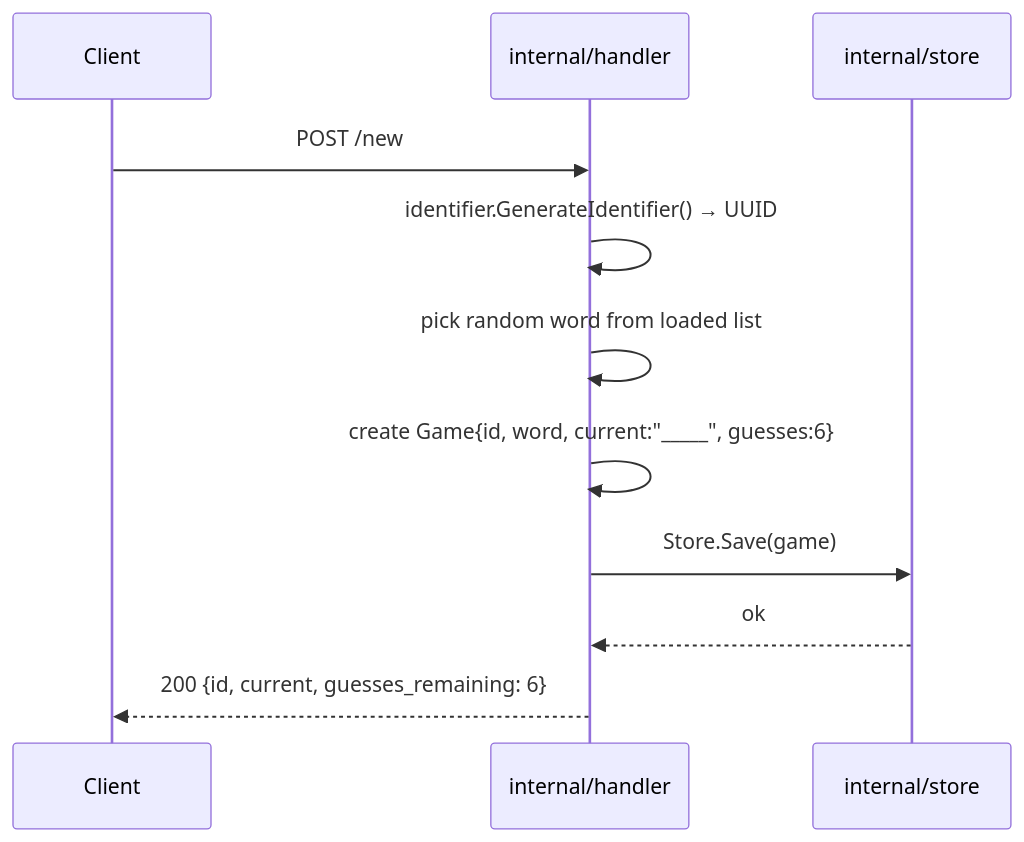
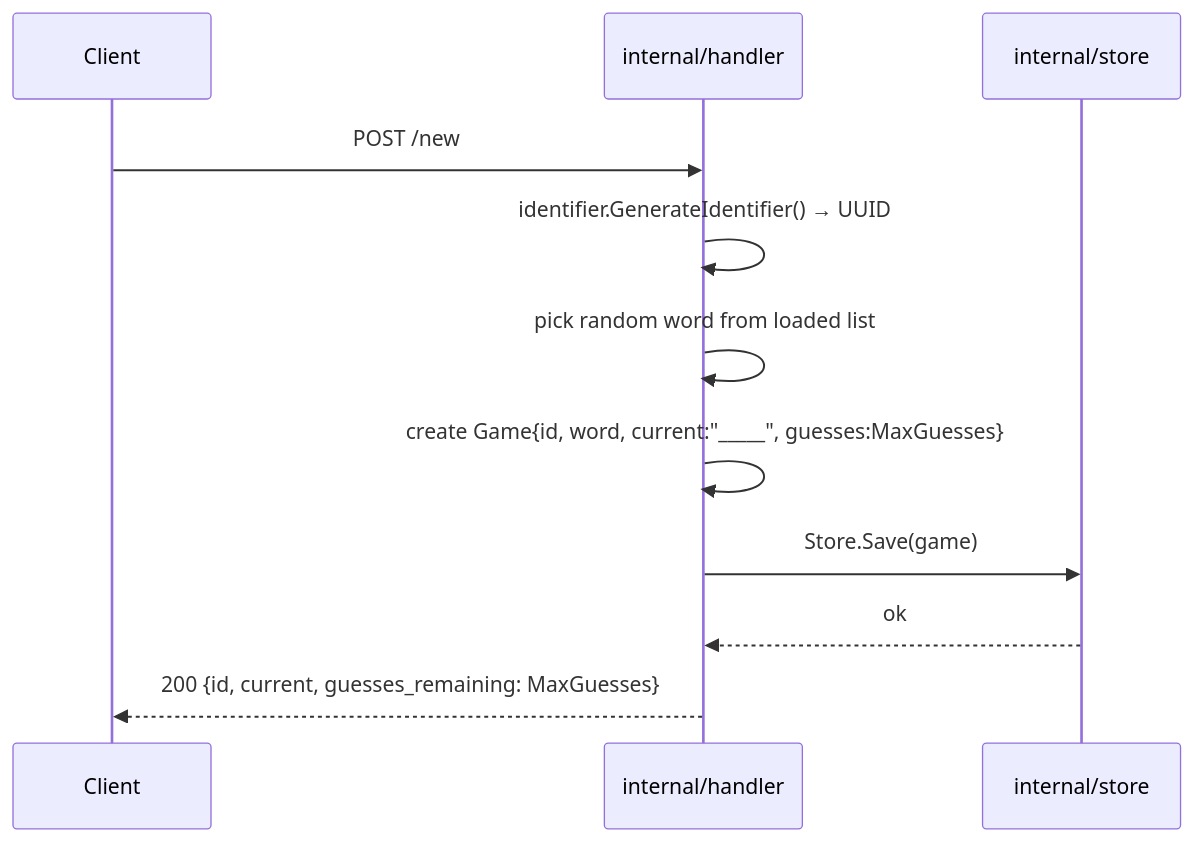
The second of 12 diagrams in docs.md (ajitm722/wordgame), drawn with Mermaid before and after one commit. The commit also changed other lines of this file and 12 other files, not shown here.

Commit message:
Consolidate MaxGuesses constant, move routes to main, fix docs

````diff
--- a/docs.md
+++ b/docs.md
@@ -381,14 +397,14 @@
 ```mermaid
 sequenceDiagram
     participant Client
     participant Handler as internal/handler
     participant Store as internal/store
 
     Client->>Handler: POST /new
     Handler->>Handler: identifier.GenerateIdentifier() → UUID
     Handler->>Handler: pick random word from loaded list
-    Handler->>Handler: create Game{id, word, current:"_____", guesses:6}
+    Handler->>Handler: create Game{id, word, current:"_____", guesses:MaxGuesses}
     Handler->>Store: Store.Save(game)
     Store-->>Handler: ok
-    Handler-->>Client: 200 {id, current, guesses_remaining: 6}
+    Handler-->>Client: 200 {id, current, guesses_remaining: MaxGuesses}
 ```
````
